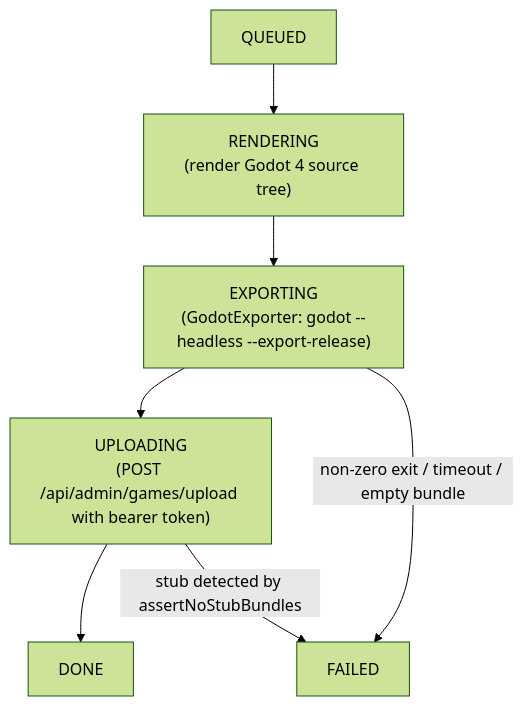
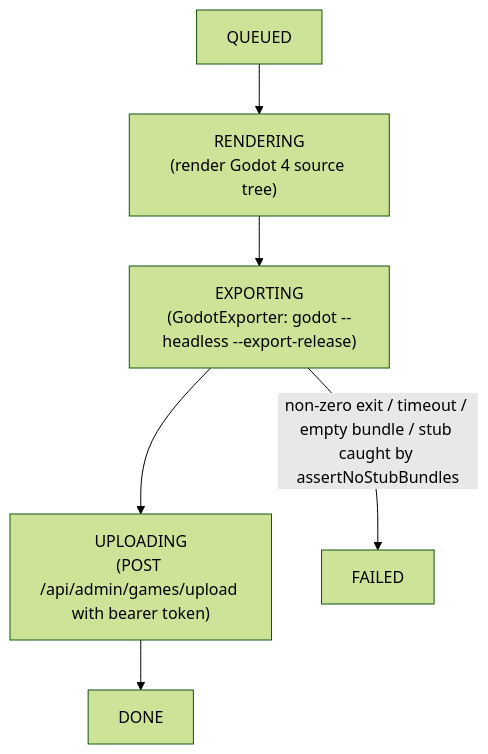
Before and after one commit to hugmesh/hugmesh.github.io: the diagram in content/games/godot-export-tools.md, drawn with Mermaid (forest theme). The commit also changed other lines of this file and 166 other files, not shown here.

````diff
--- a/content/games/godot-export-tools.md
+++ b/content/games/godot-export-tools.md
@@ -73,9 +82,8 @@
 ```mermaid
 flowchart TB
     QUEUED --> RENDERING["RENDERING<br/>(render Godot 4 source tree)"]
     RENDERING --> EXPORTING["EXPORTING<br/>(GodotExporter: godot --headless --export-release)"]
     EXPORTING --> UPLOADING["UPLOADING<br/>(POST /api/admin/games/upload with bearer token)"]
     UPLOADING --> DONE
-    EXPORTING -->|"non-zero exit / timeout / empty bundle"| FAILED
-    UPLOADING -->|"stub detected by assertNoStubBundles"| FAILED
+    EXPORTING -->|"non-zero exit / timeout / empty bundle / stub caught by assertNoStubBundles"| FAILED
 ```
````
